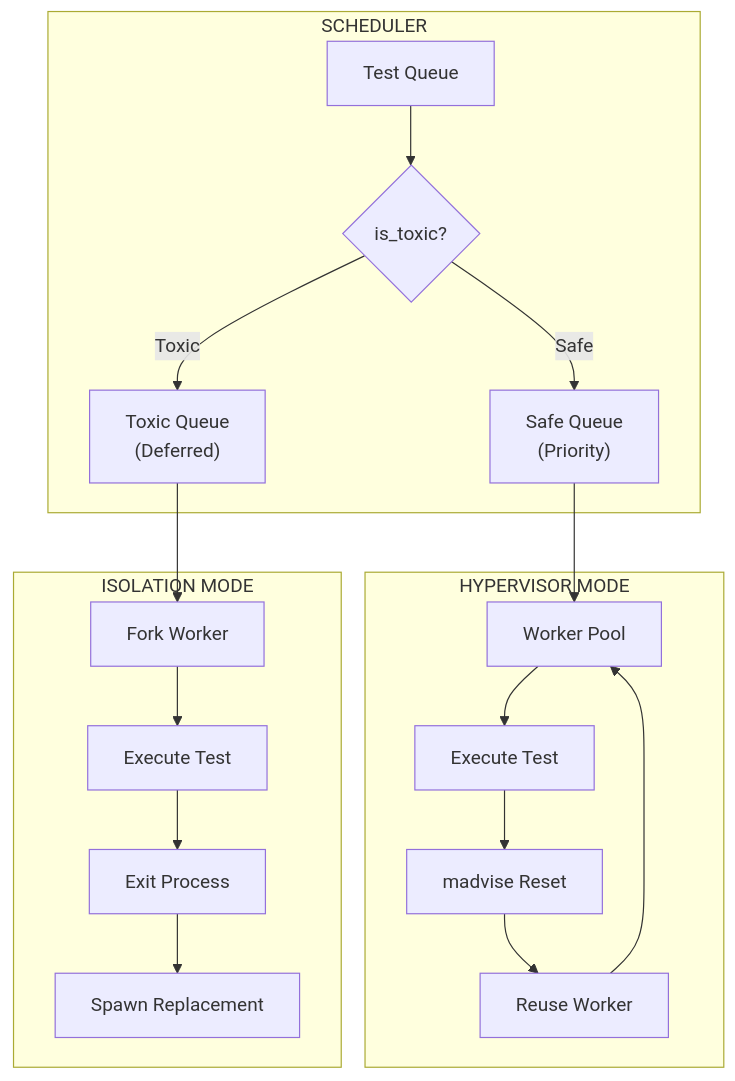
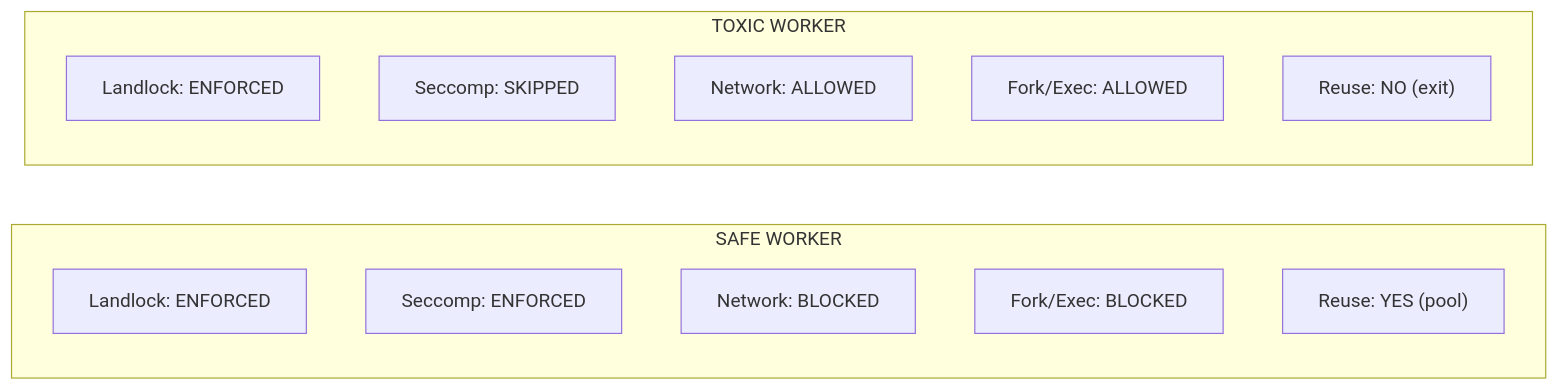
The seventh of 9 diagrams in README.md (NikkeTryHard/tach-core), drawn with Mermaid before and after one commit. The commit also changed other lines of this file, not shown here.

````diff
--- a/README.md
+++ b/README.md
@@ -899,30 +362,18 @@
 ```mermaid
-flowchart TB
-    subgraph Scheduler["SCHEDULER"]
-        Queue["Test Queue"]
-        Split{is_toxic?}
-        SafeQueue["Safe Queue\n(Priority)"]
-        ToxicQueue["Toxic Queue\n(Deferred)"]
+flowchart LR
+    subgraph Safe["SAFE WORKER"]
+        S1["Landlock: ENFORCED"]
+        S2["Seccomp: ENFORCED"]
+        S3["Network: BLOCKED"]
+        S4["Fork/Exec: BLOCKED"]
+        S5["Reuse: YES (pool)"]
     end
 
-    subgraph Hypervisor["HYPERVISOR MODE"]
-        SafeWorker["Worker Pool"]
-        Execute1["Execute Test"]
-        Reset["madvise Reset"]
-        Reuse["Reuse Worker"]
+    subgraph Toxic["TOXIC WORKER"]
+        T1["Landlock: ENFORCED"]
+        T2["Seccomp: SKIPPED"]
+        T3["Network: ALLOWED"]
+        T4["Fork/Exec: ALLOWED"]
+        T5["Reuse: NO (exit)"]
     end
-
-    subgraph Isolation["ISOLATION MODE"]
-        Fork["Fork Worker"]
-        Execute2["Execute Test"]
-        Exit["Exit Process"]
-        Respawn["Spawn Replacement"]
-    end
-
-    Queue --> Split
-    Split -->|"Safe"| SafeQueue
-    Split -->|"Toxic"| ToxicQueue
-    SafeQueue --> SafeWorker --> Execute1 --> Reset --> Reuse
-    Reuse --> SafeWorker
-    ToxicQueue --> Fork --> Execute2 --> Exit --> Respawn
 ```
````
